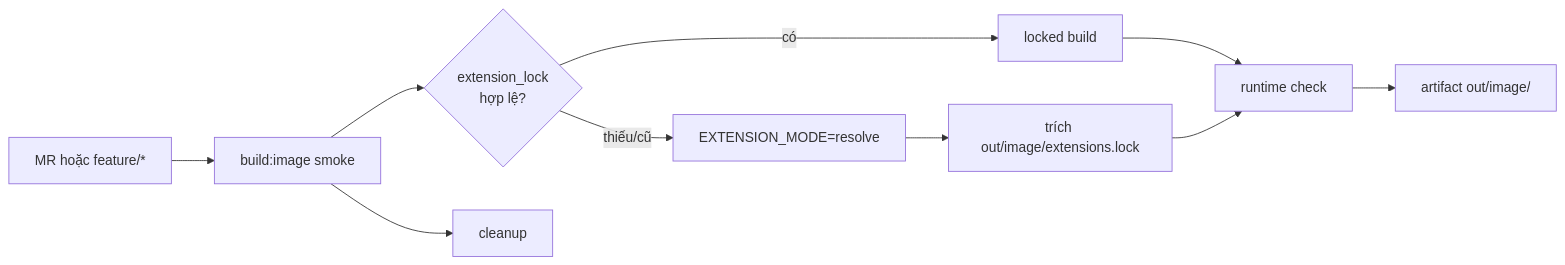
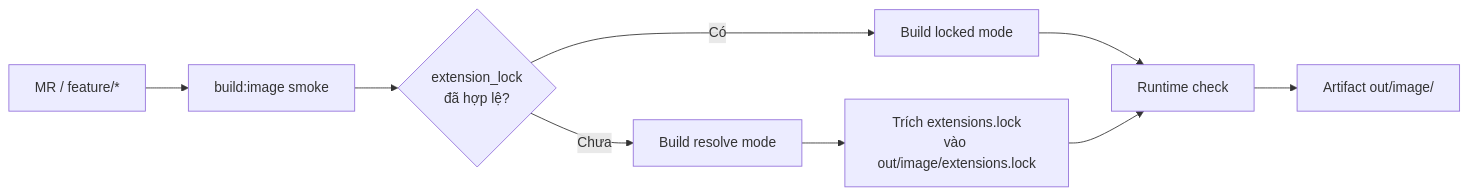
One commit to solution156/ci-core changed the third of 5 diagrams in README.md. Above: the diagram before and after it, drawn with Mermaid. The commit also changed other lines of this file, not shown here.

````diff
--- a/README.md
+++ b/README.md
@@ -117,12 +112,11 @@
 ```mermaid
 flowchart LR
-    A[MR hoặc feature/*] --> B[build:image smoke]
-    B --> C{extension_lock<br/>hợp lệ?}
-    C -->|có| D[locked build]
-    C -->|thiếu/cũ| E[EXTENSION_MODE=resolve]
-    E --> F[trích out/image/extensions.lock]
-    D --> G[runtime check]
+    A["MR / feature/*"] --> B["build:image smoke"]
+    B --> C{"extension_lock<br/>đã hợp lệ?"}
+    C -->|Có| D["Build locked mode"]
+    C -->|Chưa| E["Build resolve mode"]
+    E --> F["Trích extensions.lock<br/>vào out/image/extensions.lock"]
+    D --> G["Runtime check"]
     F --> G
-    G --> H[artifact out/image/]
-    B --> I[cleanup]
+    G --> H["Artifact out/image/"]
 ```
````
